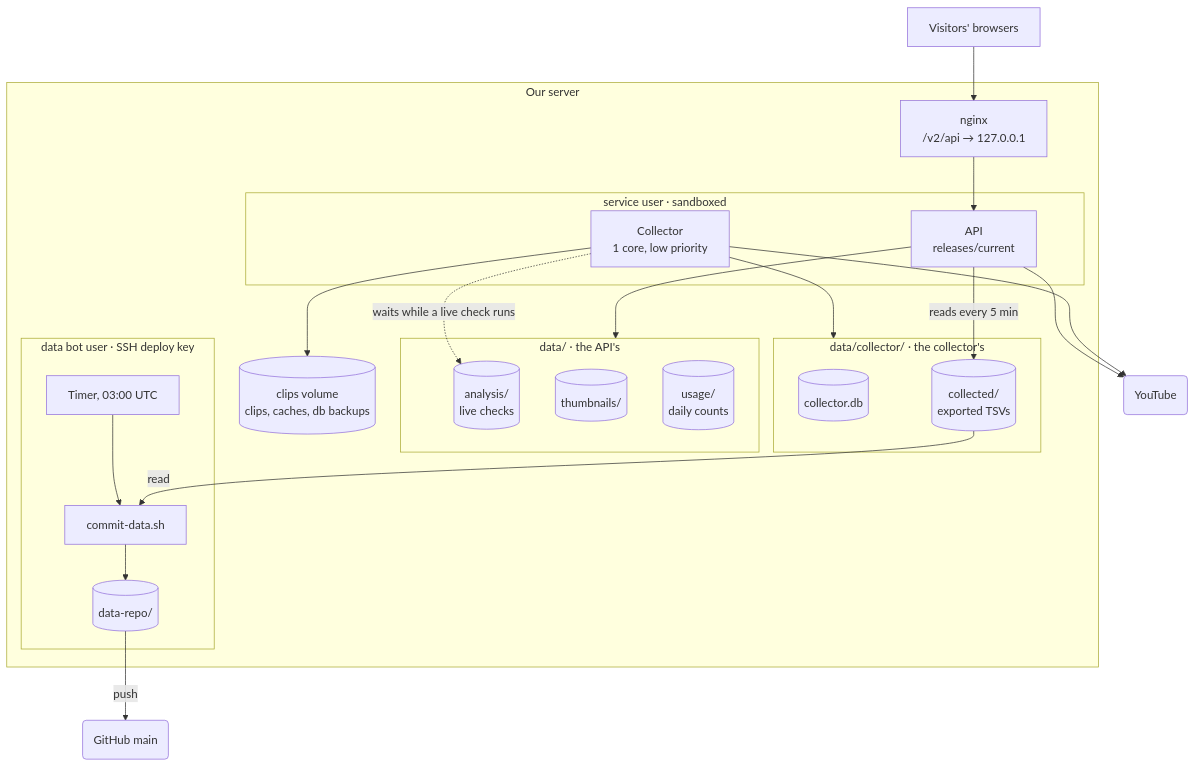
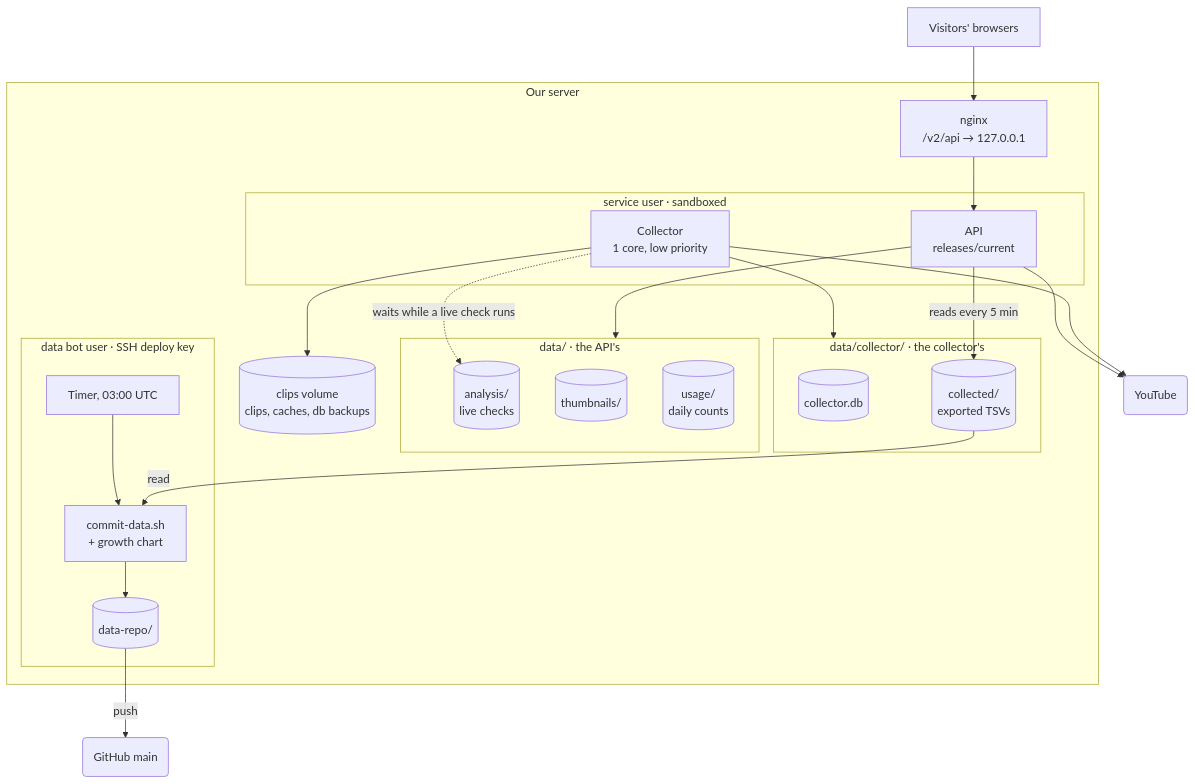
Before and after one commit to AISmithLab/hyperstim: the seventh of 9 diagrams in ARCHITECTURE.md, drawn with Mermaid. The commit also changed 11 other files, not shown here.

First line of the commit message:
ci: Draw the dataset's growth chart for the README in the daily data commit (plans 001, 013)

````diff
--- a/ARCHITECTURE.md
+++ b/ARCHITECTURE.md
@@ -175,43 +175,43 @@
 ```mermaid
 flowchart TB
     internet["Visitors' browsers"]
 
     subgraph server["Our server"]
         nginx["nginx<br>/v2/api → 127.0.0.1"]
 
         subgraph svc["service user · sandboxed"]
             api["API<br>releases/current"]
             collector["Collector<br>1 core, low priority"]
         end
 
         subgraph apifiles["data/ · the API's"]
             analysis[("analysis/<br>live checks")]
             thumbs[("thumbnails/")]
             usage[("usage/<br>daily counts")]
         end
 
         subgraph colfiles["data/collector/ · the collector's"]
             cdb[("collector.db")]
             collected[("collected/<br>exported TSVs")]
         end
 
         clips[("clips volume<br>clips, caches, db backups")]
 
         subgraph botuser["data bot user · SSH deploy key"]
-            timer["Timer, 03:00 UTC"] --> commit["commit-data.sh"] --> datarepo[("data-repo/")]
+            timer["Timer, 03:00 UTC"] --> commit["commit-data.sh<br>+ growth chart"] --> datarepo[("data-repo/")]
         end
     end
 
     gh("GitHub main")
     yt("YouTube")
 
     internet --> nginx --> api
     api --> apifiles
     api -- "reads every 5 min" --> collected
     collector --> colfiles
     collector --> clips
     collector -. "waits while a live check runs" .-> analysis
     api & collector --> yt
     collected -- "read" --> commit
     datarepo -- "push" --> gh
 ```
````
